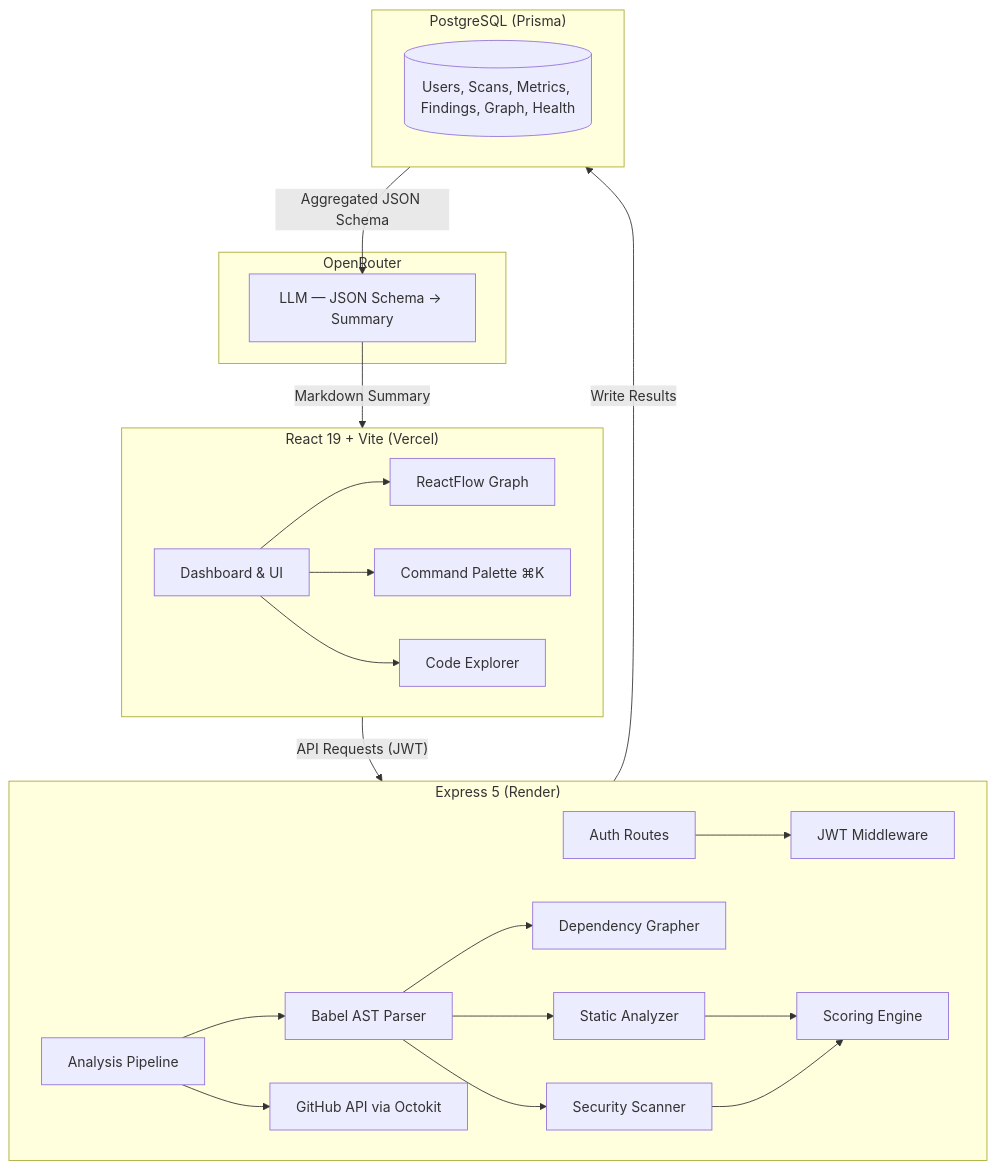
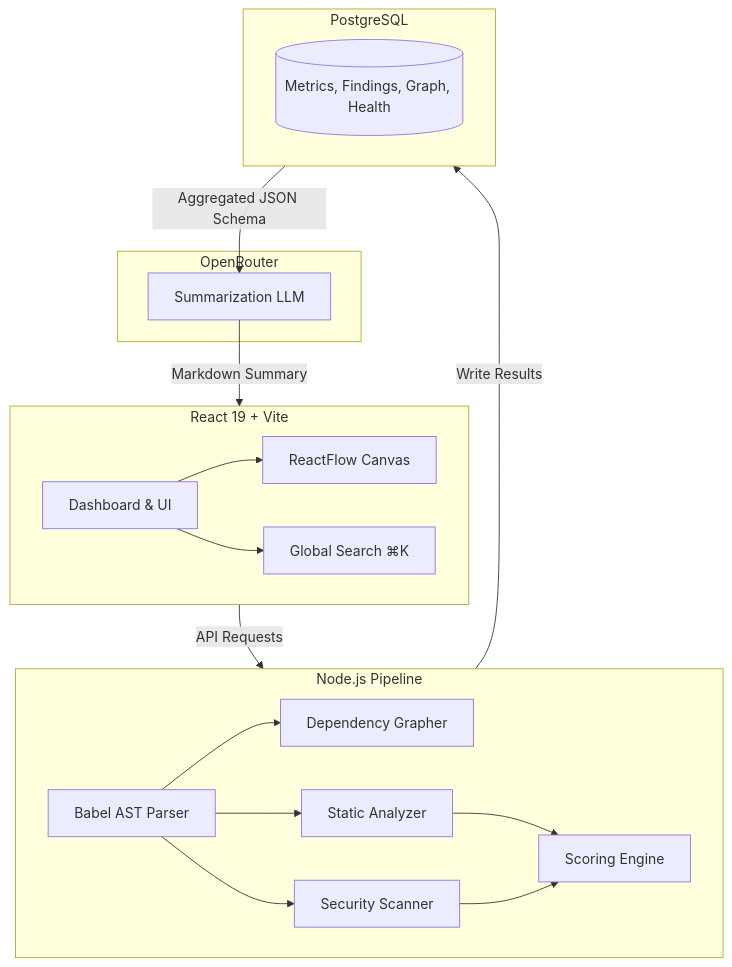
One commit to adtshrm007/RepoLens changed the diagram in README.md. Above: the diagram before and after it, drawn with Mermaid. The commit also changed other lines of this file and 11 other files, not shown here.

````diff
--- a/README.md
+++ b/README.md
@@ -166,32 +125,28 @@
 ```mermaid
 graph TD
-    subgraph Client ["React 19 + Vite (Vercel)"]
-        A[Dashboard & UI] --> B[ReactFlow Graph]
-        A --> C[Command Palette ⌘K]
-        A --> D[Code Explorer]
+    subgraph Client [React 19 + Vite]
+        A[Dashboard & UI] --> B[ReactFlow Canvas]
+        A --> C[Global Search ⌘K]
     end
 
-    subgraph Server ["Express 5 (Render)"]
-        E[Auth Routes] --> F[JWT Middleware]
-        G[Analysis Pipeline] --> H[Babel AST Parser]
-        H --> I[Dependency Grapher]
-        H --> J[Static Analyzer]
-        H --> K[Security Scanner]
-        J --> L[Scoring Engine]
-        K --> L
-        G --> M[GitHub API via Octokit]
+    subgraph Engines [Node.js Pipeline]
+        D[Babel AST Parser] --> E[Dependency Grapher]
+        D --> F[Static Analyzer]
+        D --> G[Security Scanner]
+        F --> H[Scoring Engine]
+        G --> H
     end
 
-    subgraph AI ["OpenRouter"]
-        N[LLM — JSON Schema → Summary]
+    subgraph Database [PostgreSQL]
+        I[(Metrics, Findings, Graph, Health)]
+    end
+    
+    subgraph AI [OpenRouter]
+        J[Summarization LLM]
     end
 
-    subgraph DB ["PostgreSQL (Prisma)"]
-        O[(Users, Scans, Metrics, Findings, Graph, Health)]
-    end
-
-    Client -- "API Requests (JWT)" --> Server
-    Server -- "Write Results" --> DB
-    DB -- "Aggregated JSON Schema" --> N
-    N -- "Markdown Summary" --> Client
+    Client -- API Requests --> Engines
+    Engines -- Write Results --> Database
+    Database -- Aggregated JSON Schema --> J
+    J -- Markdown Summary --> Client
 ```
````
